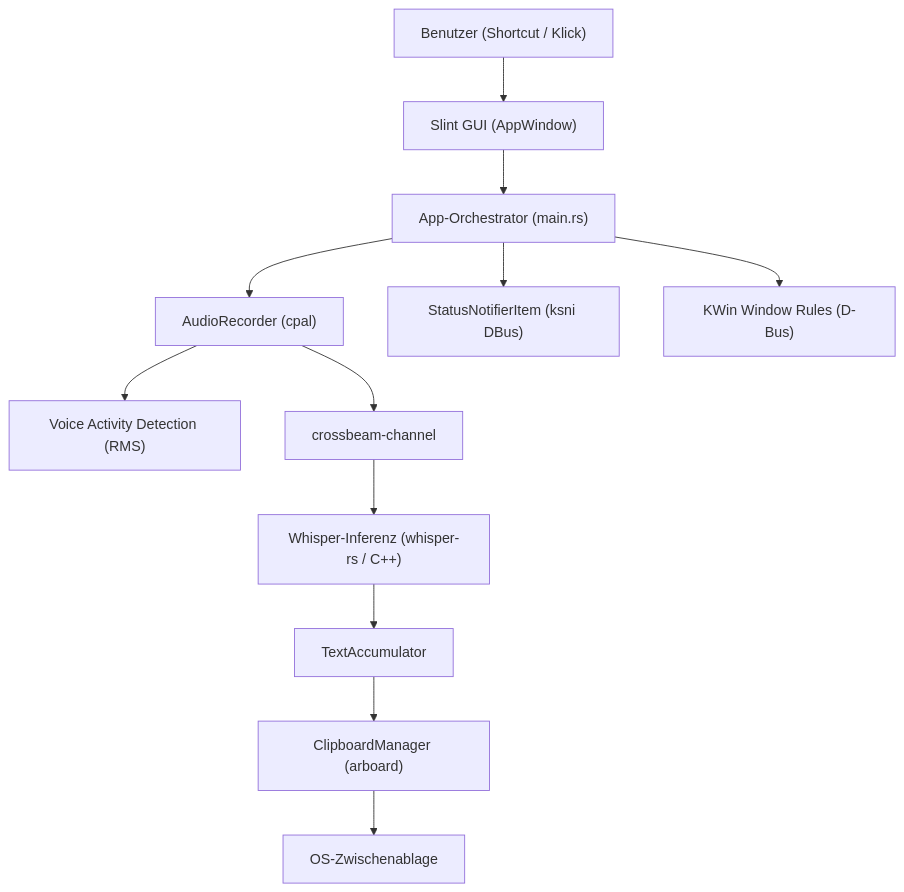
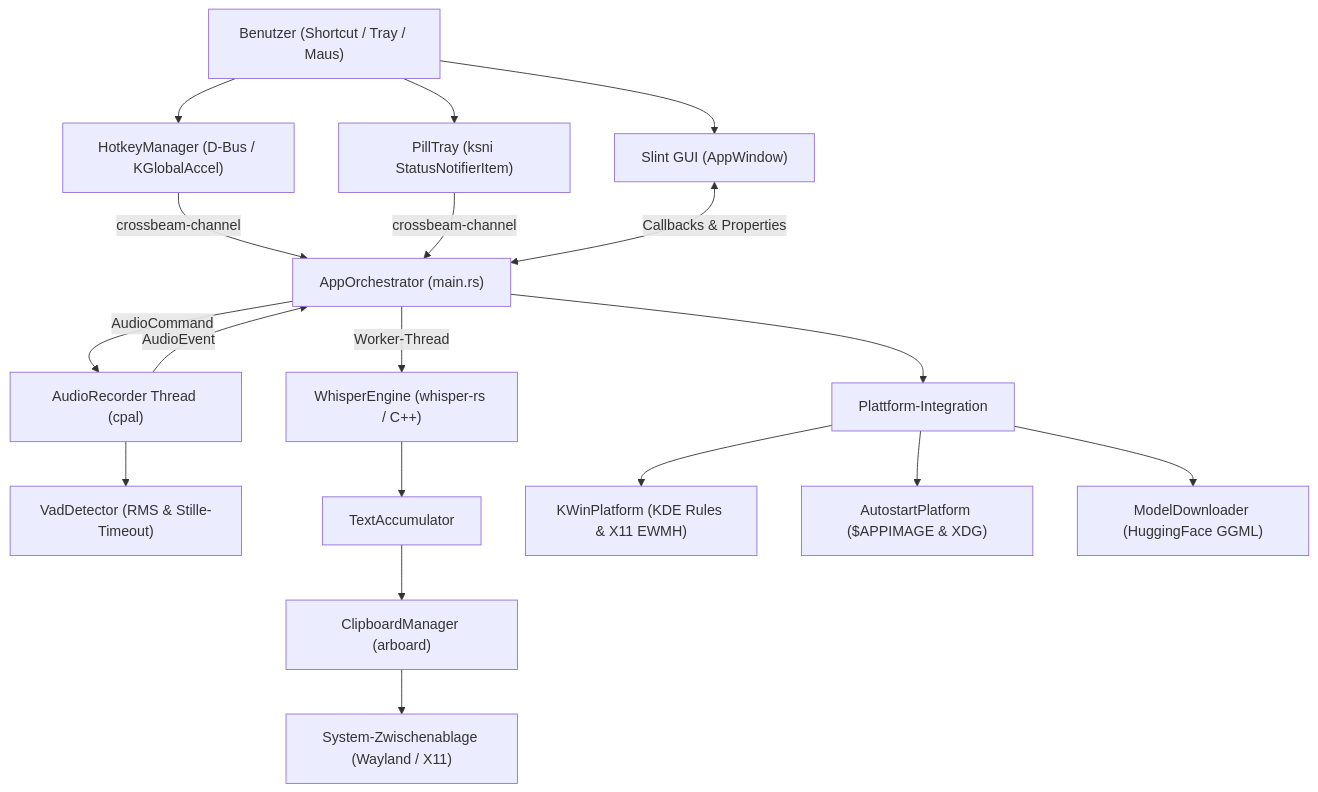
The first of 4 diagrams in docs/architecture/technical_documentation.md (Sympa1/whisper_pill), drawn with Mermaid before and after one commit. The commit also changed other lines of this file and 11 other files, not shown here.

````diff
--- a/docs/architecture/technical_documentation.md
+++ b/docs/architecture/technical_documentation.md
@@ -11,14 +11,24 @@
 ```mermaid
 graph TD
-    User["Benutzer (Shortcut / Klick)"] --> UI["Slint GUI (AppWindow)"]
-    UI --> Orchestrator["App-Orchestrator (main.rs)"]
-    Orchestrator --> Audio["AudioRecorder (cpal)"]
-    Audio --> VAD["Voice Activity Detection (RMS)"]
-    Audio --> AudioChan["crossbeam-channel"]
-    AudioChan --> Inference["Whisper-Inferenz (whisper-rs / C++)"]
-    Inference --> Accumulator["TextAccumulator"]
+    User["Benutzer (Shortcut / Tray / Maus)"] --> Hotkey["HotkeyManager (D-Bus / KGlobalAccel)"]
+    User --> Tray["PillTray (ksni StatusNotifierItem)"]
+    User --> UI["Slint GUI (AppWindow)"]
+
+    Hotkey -->|"crossbeam-channel"| Orchestrator["AppOrchestrator (main.rs)"]
+    Tray -->|"crossbeam-channel"| Orchestrator
+    UI <-->|"Callbacks & Properties"| Orchestrator
+
+    Orchestrator -->|"AudioCommand"| AudioThread["AudioRecorder Thread (cpal)"]
+    AudioThread --> VAD["VadDetector (RMS & Stille-Timeout)"]
+    AudioThread -->|"AudioEvent"| Orchestrator
+
+    Orchestrator -->|"Worker-Thread"| Engine["WhisperEngine (whisper-rs / C++)"]
+    Engine --> Accumulator["TextAccumulator"]
     Accumulator --> Clipboard["ClipboardManager (arboard)"]
-    Clipboard --> SystemClip["OS-Zwischenablage"]
-    Orchestrator --> Tray["StatusNotifierItem (ksni DBus)"]
-    Orchestrator --> KWin["KWin Window Rules (D-Bus)"]
+    Clipboard --> OSClip["System-Zwischenablage (Wayland / X11)"]
+
+    Orchestrator --> Platform["Plattform-Integration"]
+    Platform --> KWin["KWinPlatform (KDE Rules & X11 EWMH)"]
+    Platform --> Autostart["AutostartPlatform ($APPIMAGE & XDG)"]
+    Platform --> Downloader["ModelDownloader (HuggingFace GGML)"]
 ```
````
